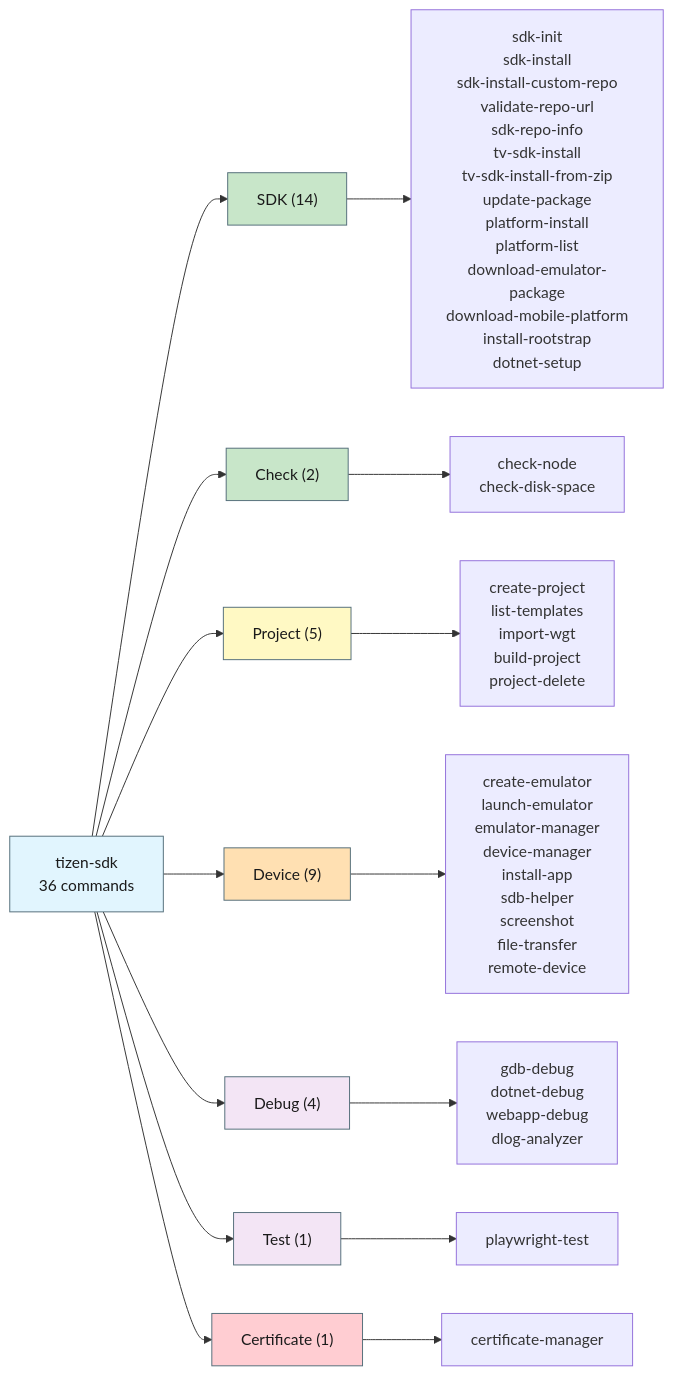
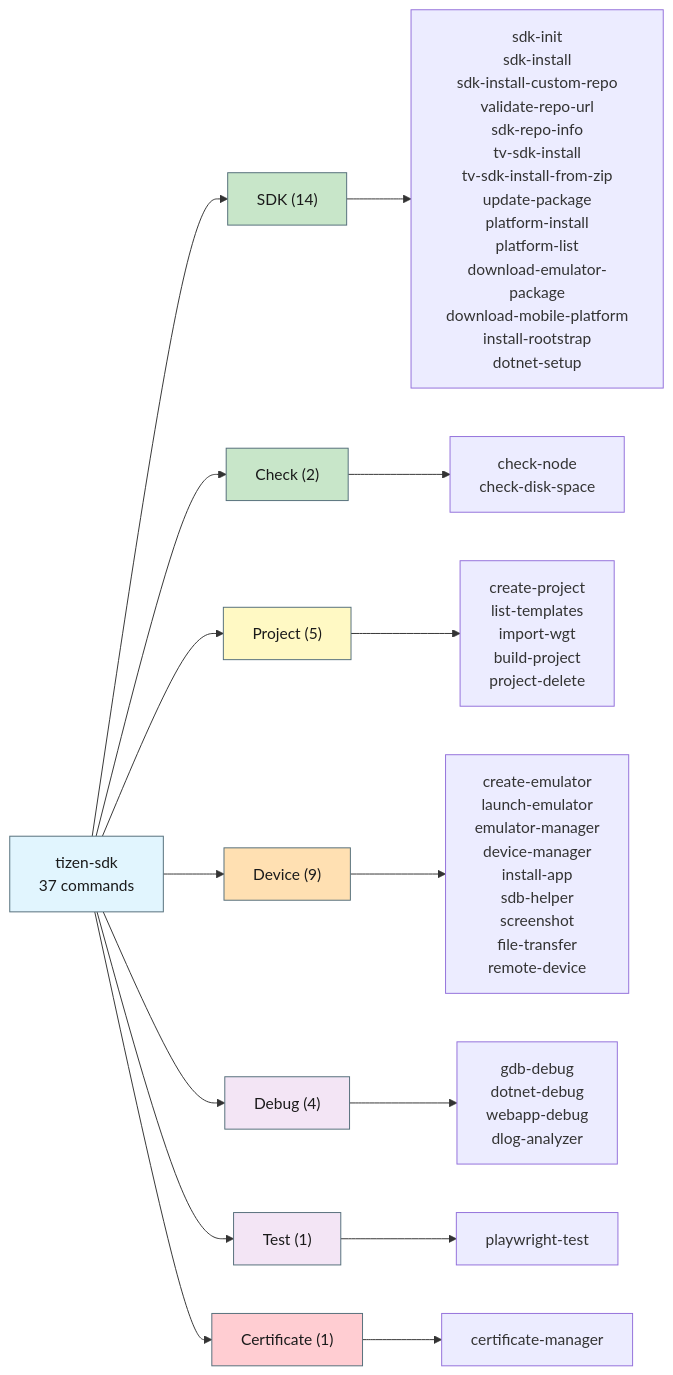
One commit to Samsung/tizen-agent-skills changed the eighth of 10 diagrams in tizen-sdk-skills/docs/ARCHITECTURE_DIAGRAMS.md. Above: the diagram before and after it, drawn with Mermaid. The commit also changed other lines of this file and 35 other files, not shown here.

First line of the commit message:
feat: add tizen-ecp skill for Emulator Control Panel commands

````diff
--- a/tizen-sdk-skills/docs/ARCHITECTURE_DIAGRAMS.md
+++ b/tizen-sdk-skills/docs/ARCHITECTURE_DIAGRAMS.md
@@ -364,29 +364,29 @@
 ```mermaid
 graph LR
-    ROOT["tizen-sdk<br/>36 commands"]
+    ROOT["tizen-sdk<br/>37 commands"]
 
     ROOT --> SDK["SDK (14)"]
     ROOT --> CHECK["Check (2)"]
     ROOT --> PROJECT["Project (5)"]
     ROOT --> DEVICE["Device (9)"]
     ROOT --> DEBUG["Debug (4)"]
     ROOT --> TEST["Test (1)"]
     ROOT --> CERT["Certificate (1)"]
 
     SDK --> SDK_CMDS["sdk-init<br/>sdk-install<br/>sdk-install-custom-repo<br/>validate-repo-url<br/>sdk-repo-info<br/>tv-sdk-install<br/>tv-sdk-install-from-zip<br/>update-package<br/>platform-install<br/>platform-list<br/>download-emulator-package<br/>download-mobile-platform<br/>install-rootstrap<br/>dotnet-setup"]
     CHECK --> CHECK_CMDS["check-node<br/>check-disk-space"]
     PROJECT --> PROJECT_CMDS["create-project<br/>list-templates<br/>import-wgt<br/>build-project<br/>project-delete"]
     DEVICE --> DEVICE_CMDS["create-emulator<br/>launch-emulator<br/>emulator-manager<br/>device-manager<br/>install-app<br/>sdb-helper<br/>screenshot<br/>file-transfer<br/>remote-device"]
     DEBUG --> DEBUG_CMDS["gdb-debug<br/>dotnet-debug<br/>webapp-debug<br/>dlog-analyzer"]
     TEST --> TEST_CMDS["playwright-test"]
     CERT --> CERT_CMDS["certificate-manager"]
 
     style ROOT fill:#e1f5fe,stroke:#546e7a,color:#1a1a1a
     style SDK fill:#c8e6c9,stroke:#546e7a,color:#1a1a1a
     style CHECK fill:#c8e6c9,stroke:#546e7a,color:#1a1a1a
     style PROJECT fill:#fff9c4,stroke:#546e7a,color:#1a1a1a
     style DEVICE fill:#ffe0b2,stroke:#546e7a,color:#1a1a1a
     style DEBUG fill:#f3e5f5,stroke:#546e7a,color:#1a1a1a
     style TEST fill:#f3e5f5,stroke:#546e7a,color:#1a1a1a
     style CERT fill:#ffcdd2,stroke:#546e7a,color:#1a1a1a
 ```
````
